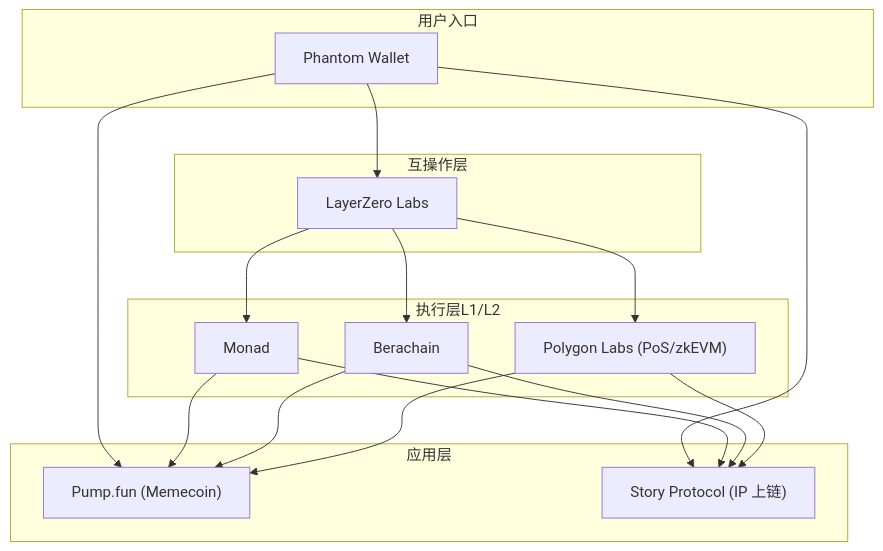
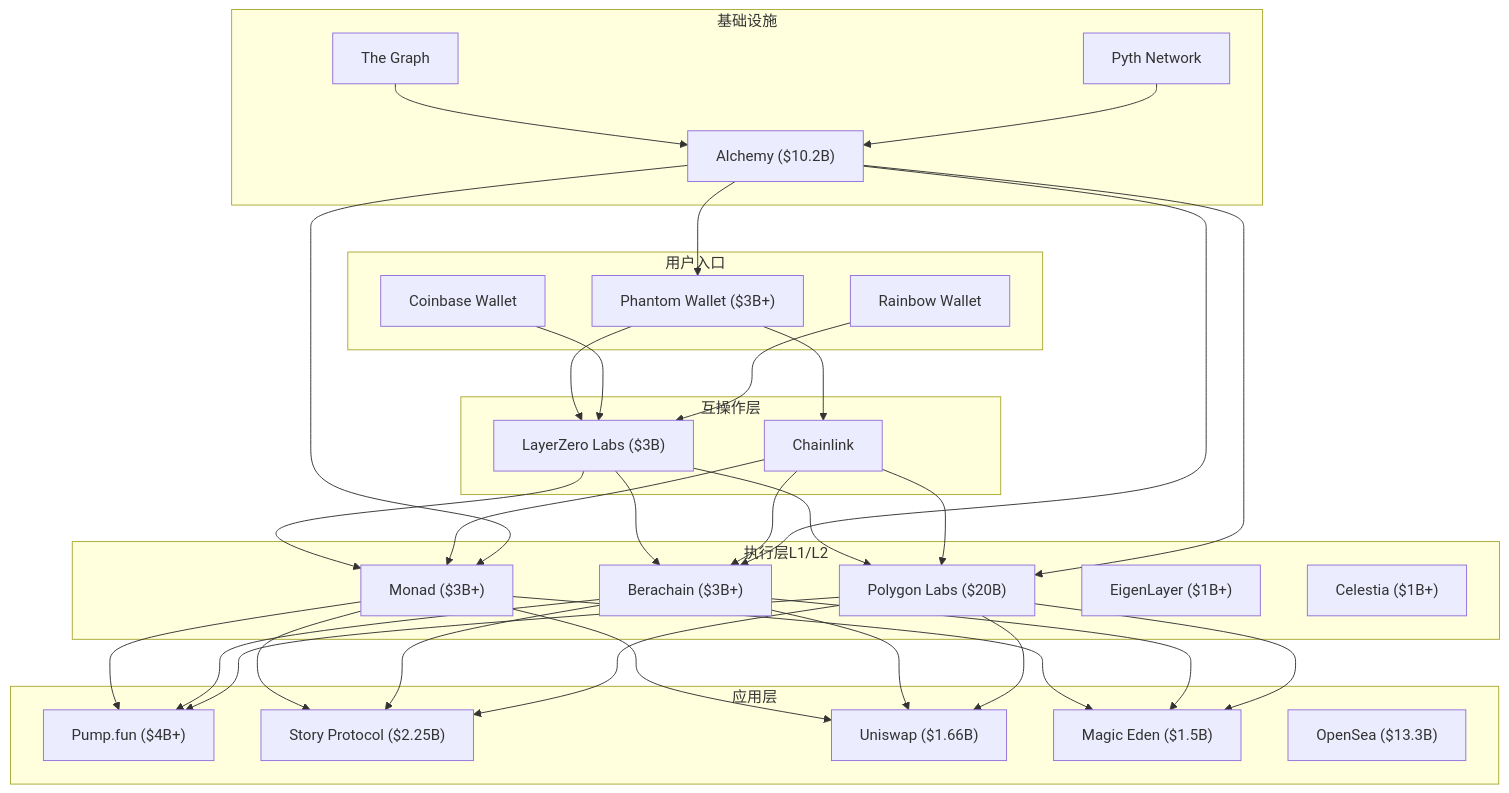
One commit to allengaller/awesome-startups changed the second of 10 diagrams in .qoder/repowiki/zh/content/Web3 _ 加密.md. Above: the diagram before and after it, drawn with Mermaid. The commit also changed other lines of this file and 20 other files, not shown here.

````diff
--- a/.qoder/repowiki/zh/content/Web3 _ 加密.md
+++ b/.qoder/repowiki/zh/content/Web3 _ 加密.md
@@ -61,30 +87,59 @@
 ```mermaid
 graph TB
 subgraph "用户入口"
-P["Phantom Wallet"]
+P["Phantom Wallet ($3B+)"]
+C["Coinbase Wallet"]
+R["Rainbow Wallet"]
 end
 subgraph "互操作层"
-LZ["LayerZero Labs"]
+LZ["LayerZero Labs ($3B)"]
+CL["Chainlink"]
 end
 subgraph "执行层L1/L2"
-M["Monad"]
-B["Berachain"]
-PG["Polygon Labs (PoS/zkEVM)"]
+M["Monad ($3B+)"]
+B["Berachain ($3B+)"]
+PG["Polygon Labs ($20B)"]
+EI["EigenLayer ($1B+)"]
+CT["Celestia ($1B+)"]
 end
 subgraph "应用层"
-PF["Pump.fun (Memecoin)"]
-SP["Story Protocol (IP 上链)"]
+PF["Pump.fun ($4B+)"]
+SP["Story Protocol ($2.25B)"]
+UN["Uniswap ($1.66B)"]
+ME["Magic Eden ($1.5B)"]
+OS["OpenSea ($13.3B)"]
+end
+subgraph "基础设施"
+AL["Alchemy ($10.2B)"]
+TG["The Graph"]
+PY["Pyth Network"]
 end
 P --> LZ
+P --> CL
+C --> LZ
+R --> LZ
 LZ --> M
 LZ --> B
 LZ --> PG
-P --> PF
-P --> SP
+CL --> M
+CL --> B
+CL --> PG
 M --> PF
 B --> PF
 PG --> PF
 M --> SP
 B --> SP
 PG --> SP
+M --> UN
+B --> UN
+PG --> UN
+M --> ME
+B --> ME
+PG --> ME
+AL --> P
+AL --> M
+AL --> B
+AL --> PG
+TG --> AL
+PY --> AL
 ```
````
